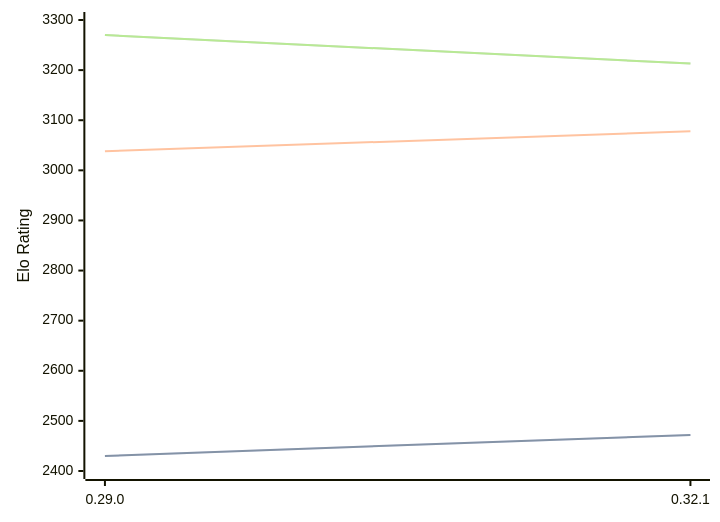
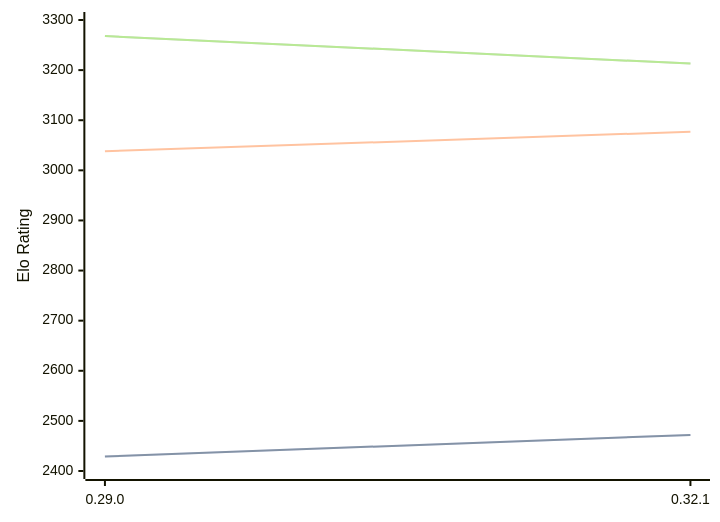
Before and after one commit to computer-chess-index/cci: the diagram in engines/Lc0.md, drawn with Mermaid. The commit also changed other lines of this file, not shown here.

Commit message:
Update CCI Ratings (ELO VLTC) - 2026-03-09

````diff
--- a/engines/Lc0.md
+++ b/engines/Lc0.md
@@ -66,11 +66,11 @@
 ```mermaid
 %%{init: {"theme":"base","themeVariables":{"seriesColors:['#a3a3a3','#222221','#faa371']}}}%%
 xychart-beta
   x-axis ["0.29.0", "0.32.1"]
   y-axis "Elo Rating" 2400 --> 3300
-  line "STC (8.0+0.08s)" [2430, 2472]
-  line "STC (8.0+0.08s)" [2430, 2472]
-  line "LTC (60.0+0.60s)" [3038, 3078]
-  line "VLTC (2m24s+1.12s)" [3270, 3213]
-  line "VLTC (2m24s+1.12s)" [3270, 3213]
+  line "STC (8.0+0.08s)" [2429, 2472]
+  line "STC (8.0+0.08s)" [2429, 2472]
+  line "LTC (60.0+0.60s)" [3038, 3077]
+  line "VLTC (2m24s+1.12s)" [3268, 3213]
+  line "VLTC (2m24s+1.12s)" [3268, 3213]
 ```
````
